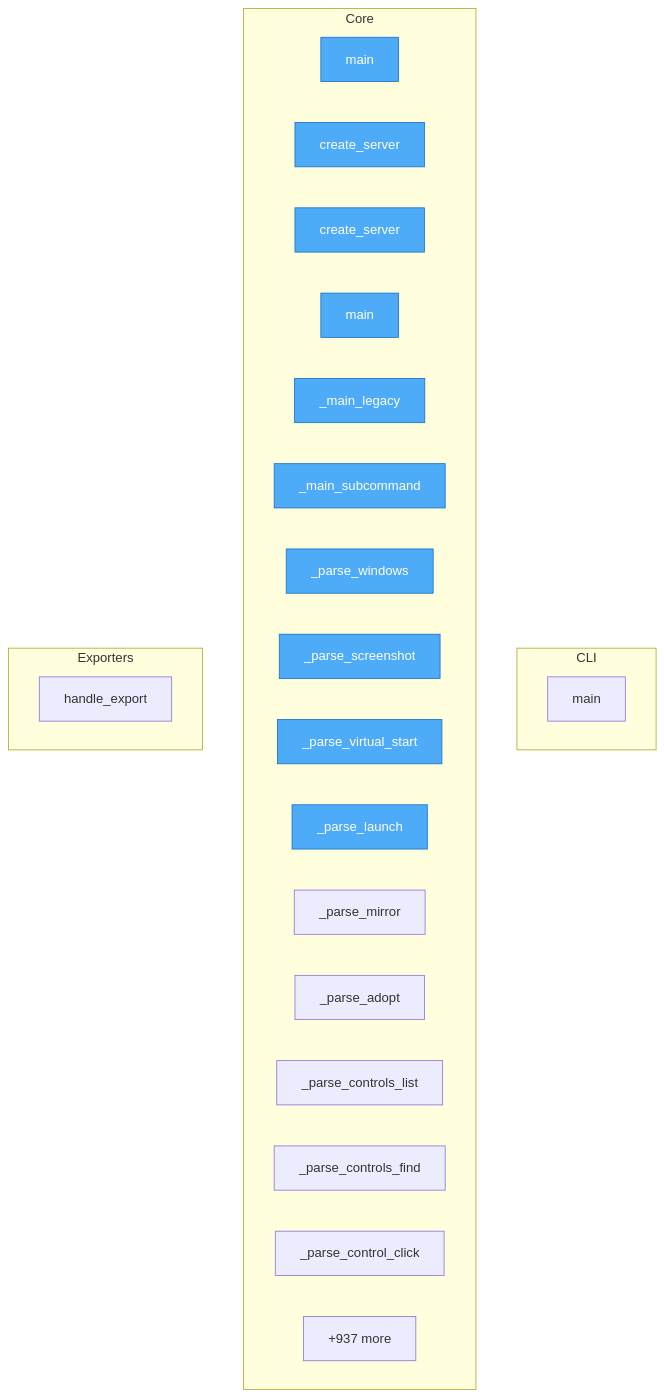
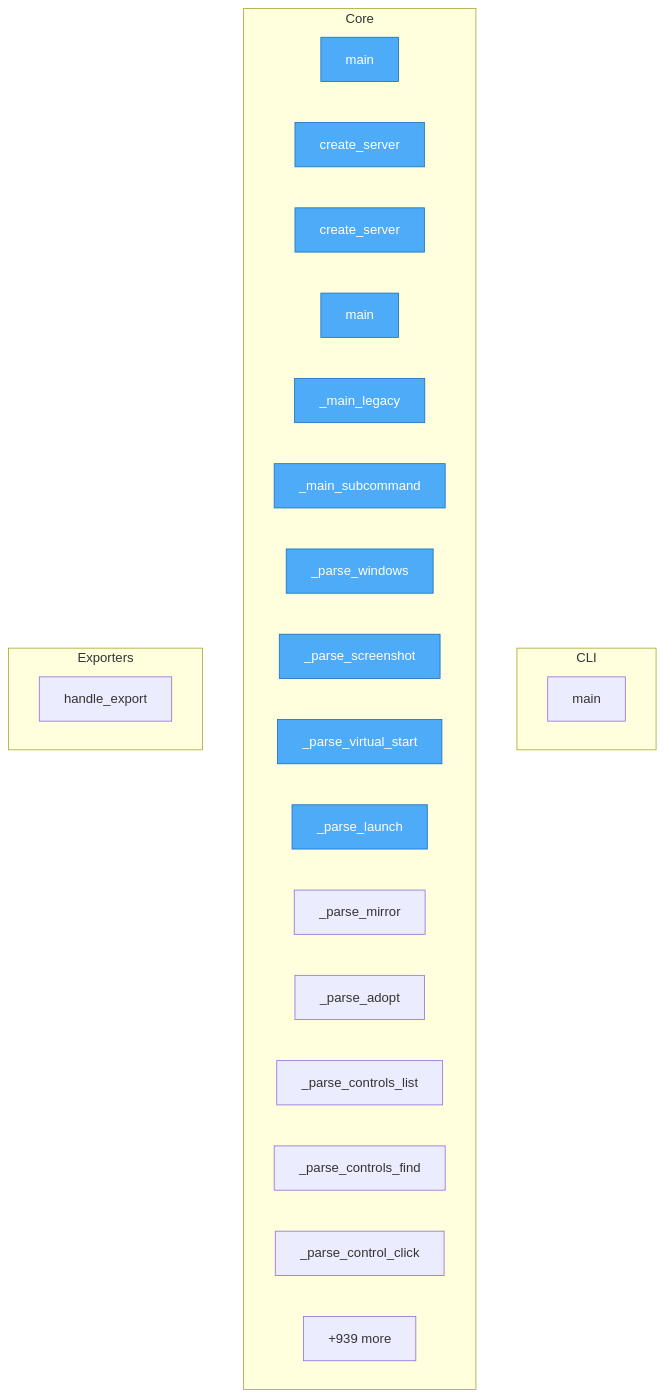
The diagram in project/flow.mmd (wronai/vdisplay), drawn with Mermaid before and after one commit. The commit also changed 37 other files, not shown here.

```diff
--- a/project/flow.mmd
+++ b/project/flow.mmd
@@ -1,34 +1,34 @@
 flowchart TD
-%% generated in 0.11s
+%% generated in 0.17s
 
     %% Entry points (blue)
     classDef entry fill:#4dabf7,stroke:#1971c2,color:#fff
 
     subgraph CLI
         packages__cli2vdisplay__src__cli2vdisplay__cli__main["main"]
     end
 
     subgraph Core
         packages__mcp2vdisplay__src__mcp2vdisplay__cli__main["main"]
         packages__mcp2vdisplay__src__mcp2vdisplay__cli__create_server["create_server"]
         packages__mcp2vdisplay__src__mcp2vdisplay__server__create_server["create_server"]
         packages__dsl2vdisplay__src__dsl2vdisplay__cli__main["main"]
         packages__dsl2vdisplay__src__dsl2vdisplay__cli___main_legacy["_main_legacy"]
         packages__dsl2vdisplay__src__dsl2vdisplay__cli___main_subcommand["_main_subcommand"]
         packages__dsl2vdisplay__src__dsl2vdisplay__grammar___parse_windows["_parse_windows"]
         packages__dsl2vdisplay__src__dsl2vdisplay__grammar___parse_screenshot["_parse_screenshot"]
         packages__dsl2vdisplay__src__dsl2vdisplay__grammar___parse_virtual_start["_parse_virtual_start"]
         packages__dsl2vdisplay__src__dsl2vdisplay__grammar___parse_launch["_parse_launch"]
         packages__dsl2vdisplay__src__dsl2vdisplay__grammar___parse_mirror["_parse_mirror"]
         packages__dsl2vdisplay__src__dsl2vdisplay__grammar___parse_adopt["_parse_adopt"]
         packages__dsl2vdisplay__src__dsl2vdisplay__grammar___parse_controls_list["_parse_controls_list"]
         packages__dsl2vdisplay__src__dsl2vdisplay__grammar___parse_controls_find["_parse_controls_find"]
         packages__dsl2vdisplay__src__dsl2vdisplay__grammar___parse_control_click["_parse_control_click"]
-        ...["+937 more"]
+        ...["+939 more"]
     end
 
     subgraph Exporters
         src__vdisplay__commands__session__handle_export["handle_export"]
     end
 
     class packages__mcp2vdisplay__src__mcp2vdisplay__cli__main,packages__mcp2vdisplay__src__mcp2vdisplay__cli__create_server,packages__mcp2vdisplay__src__mcp2vdisplay__server__create_server,packages__dsl2vdisplay__src__dsl2vdisplay__cli__main,packages__dsl2vdisplay__src__dsl2vdisplay__cli___main_legacy,packages__dsl2vdisplay__src__dsl2vdisplay__cli___main_subcommand,packages__dsl2vdisplay__src__dsl2vdisplay__grammar___parse_windows,packages__dsl2vdisplay__src__dsl2vdisplay__grammar___parse_screenshot,packages__dsl2vdisplay__src__dsl2vdisplay__grammar___parse_virtual_start,packages__dsl2vdisplay__src__dsl2vdisplay__grammar___parse_launch entry
```
